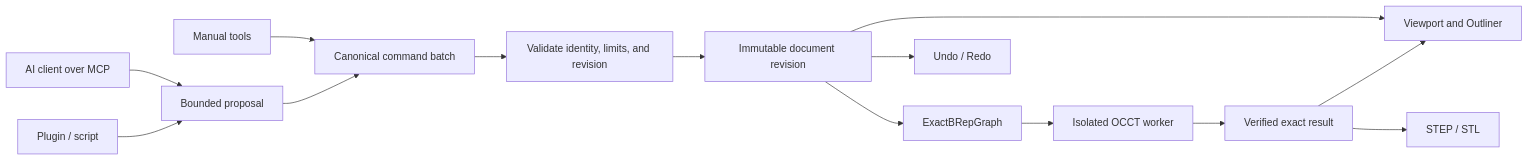
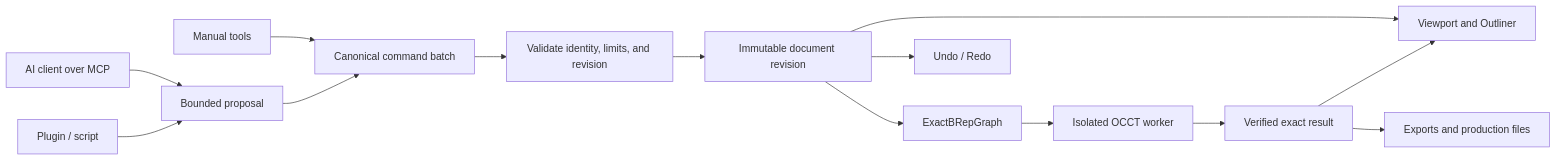
The diagram in README.md (pietrobb/Ketchup), drawn with Mermaid before and after one commit. The commit also changed other lines of this file and 2 other files, not shown here.

````diff
--- a/README.md
+++ b/README.md
@@ -69,16 +76,16 @@
 ```mermaid
 flowchart LR
     UI[Manual tools] --> CMD[Canonical command batch]
     AI[AI client over MCP] --> PLAN[Bounded proposal]
     SDK[Plugin / script] --> PLAN
     PLAN --> CMD
     CMD --> CHECK[Validate identity, limits, and revision]
     CHECK --> DOC[Immutable document revision]
     DOC --> GRAPH[ExactBRepGraph]
     GRAPH --> WORKER[Isolated OCCT worker]
     WORKER --> RESULT[Verified exact result]
     DOC --> VIEW[Viewport and Outliner]
     RESULT --> VIEW
-    RESULT --> EXPORT[STEP / STL]
+    RESULT --> EXPORT[Exports and production files]
     DOC --> UNDO[Undo / Redo]
 ```
````
